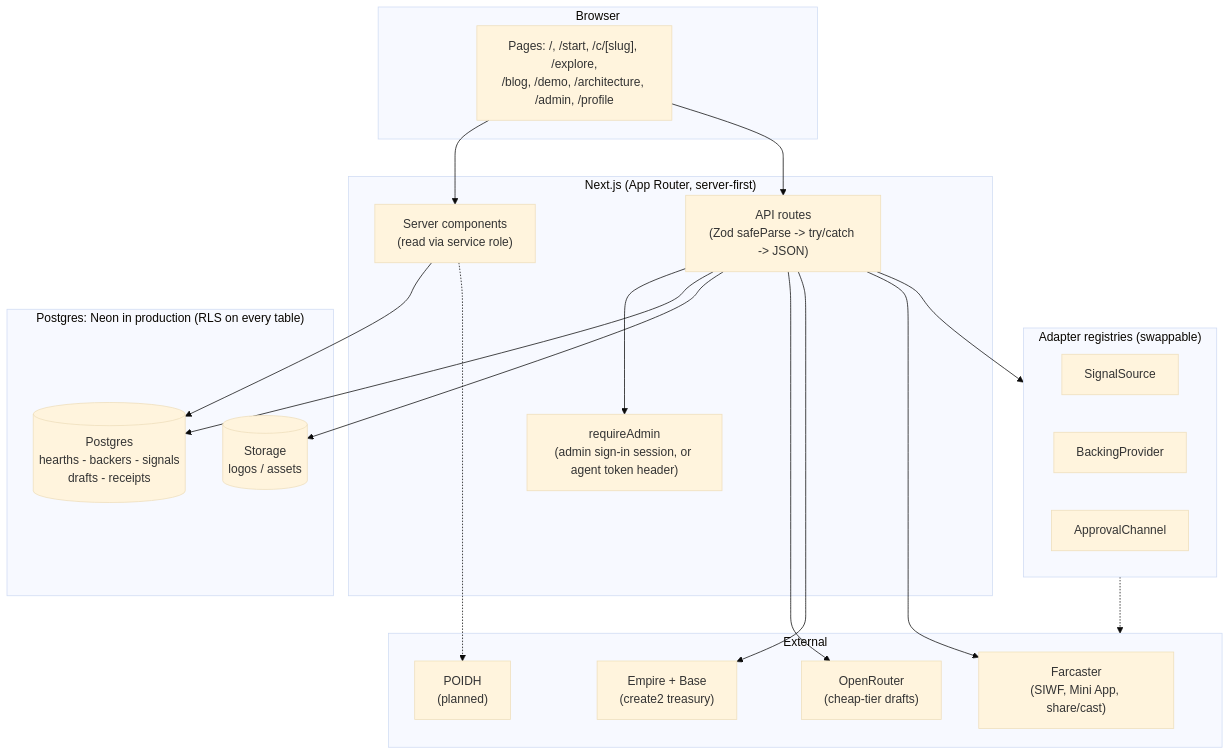
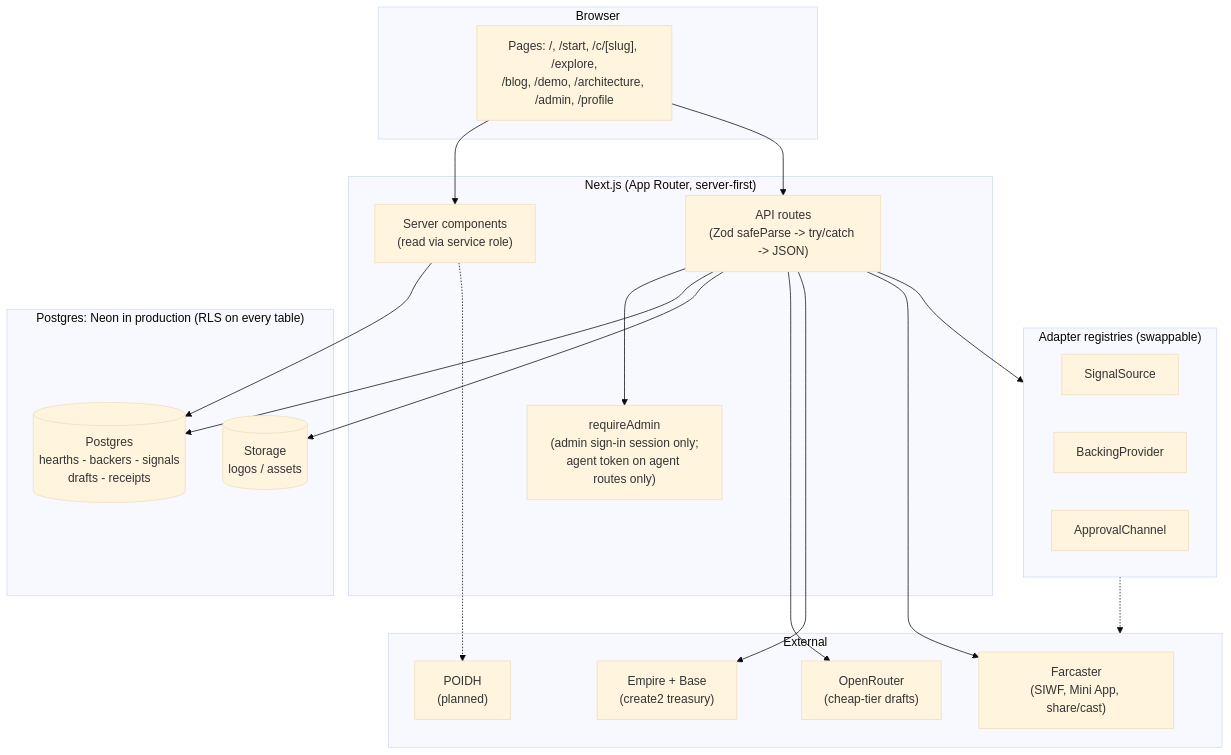
One commit to bettercallzaal/sparkz changed the second of 6 diagrams in README.md. Above: the diagram before and after it, drawn with Mermaid (base theme). The commit also changed other lines of this file and 1 other file, not shown here.

Commit message:
docs: README diagram matches auth.ts (agent token never opens requireAdmin); cite paths for the Hearth, backing, Meme Engine and RLS

````diff
--- a/README.md
+++ b/README.md
@@ -198,43 +198,43 @@
 ```mermaid
 flowchart TB
   subgraph Browser
     UI["Pages: /, /start, /c/[slug], /explore,<br/>/blog, /demo, /architecture, /admin, /profile"]
   end
 
   subgraph Next["Next.js (App Router, server-first)"]
     Pages["Server components<br/>(read via service role)"]
     API["API routes<br/>(Zod safeParse -> try/catch -> JSON)"]
-    Auth["requireAdmin<br/>(admin sign-in session, or agent token header)"]
+    Auth["requireAdmin<br/>(admin sign-in session only;<br/>agent token on agent routes only)"]
   end
 
   subgraph Data["Postgres: Neon in production (RLS on every table)"]
     DB[("Postgres<br/>hearths - backers - signals<br/>drafts - receipts")]
     Store[("Storage<br/>logos / assets")]
   end
 
   subgraph Seams["Adapter registries (swappable)"]
     SS["SignalSource"]
     BP["BackingProvider"]
     AC["ApprovalChannel"]
   end
 
   subgraph Ext["External"]
     OR["OpenRouter<br/>(cheap-tier drafts)"]
     EM["Empire + Base<br/>(create2 treasury)"]
     FC["Farcaster<br/>(SIWF, Mini App, share/cast)"]
     PO["POIDH<br/>(planned)"]
   end
 
   UI --> Pages
   UI --> API
   API --> Auth
   Pages --> DB
   API --> DB
   API --> Store
   API --> Seams
   Seams -.-> Ext
   API --> OR
   API --> EM
   API --> FC
   Pages -.-> PO
 ```
````
